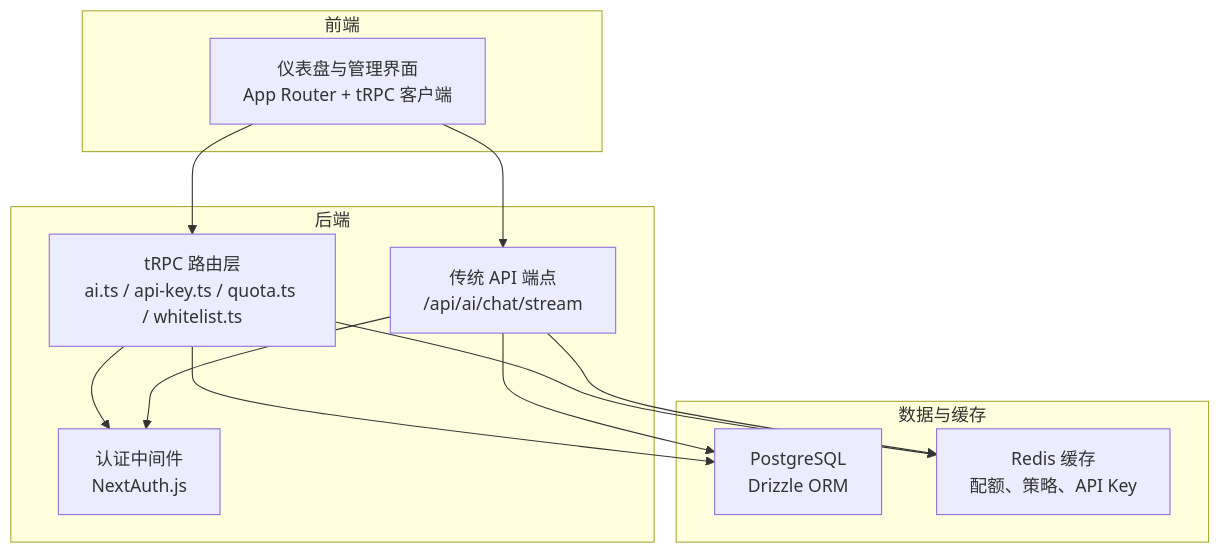
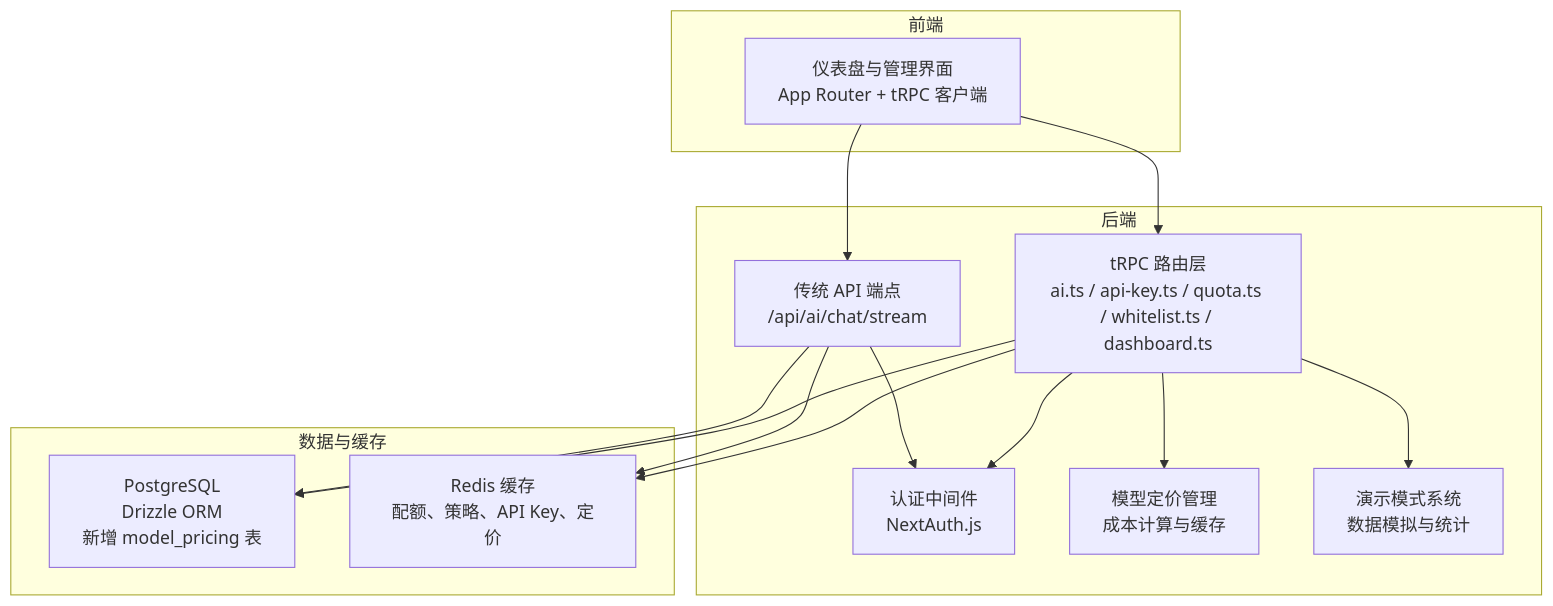
Before and after one commit to RadiumAg/AIGate: the first of 11 diagrams in .qoder/repowiki/zh/content/核心功能/核心功能.md, drawn with Mermaid. The commit also changed other lines of this file and 15 other files, not shown here.

````diff
--- a/.qoder/repowiki/zh/content/核心功能/核心功能.md
+++ b/.qoder/repowiki/zh/content/核心功能/核心功能.md
@@ -46,23 +62,27 @@
 ```mermaid
 graph TB
 subgraph "前端"
 UI["仪表盘与管理界面<br/>App Router + tRPC 客户端"]
 end
 subgraph "后端"
-TRPC["tRPC 路由层<br/>ai.ts / api-key.ts / quota.ts / whitelist.ts"]
+TRPC["tRPC 路由层<br/>ai.ts / api-key.ts / quota.ts / whitelist.ts / dashboard.ts"]
 AUTH["认证中间件<br/>NextAuth.js"]
 API["传统 API 端点<br/>/api/ai/chat/stream"]
+PRICING["模型定价管理<br/>成本计算与缓存"]
+DEMO["演示模式系统<br/>数据模拟与统计"]
 end
 subgraph "数据与缓存"
-PG["PostgreSQL<br/>Drizzle ORM"]
-REDIS["Redis 缓存<br/>配额、策略、API Key"]
+PG["PostgreSQL<br/>Drizzle ORM<br/>新增 model_pricing 表"]
+REDIS["Redis 缓存<br/>配额、策略、API Key、定价"]
 end
 UI --> TRPC
 UI --> API
 TRPC --> AUTH
 API --> AUTH
+TRPC --> PRICING
+TRPC --> DEMO
 TRPC --> PG
 API --> PG
 TRPC --> REDIS
 API --> REDIS
 ```
````
